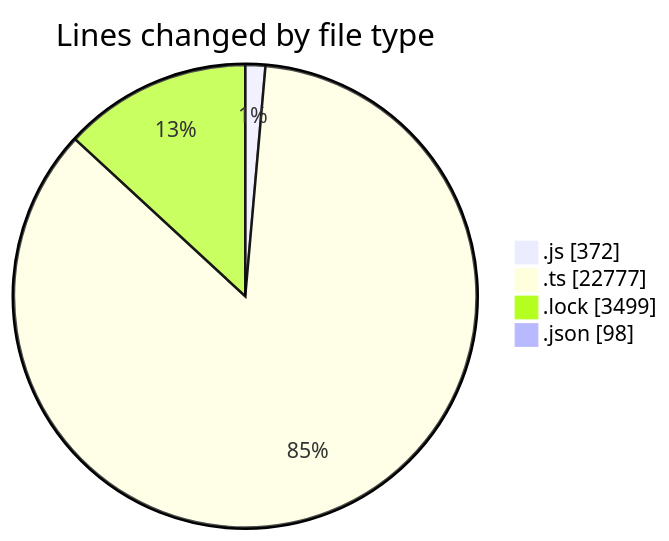
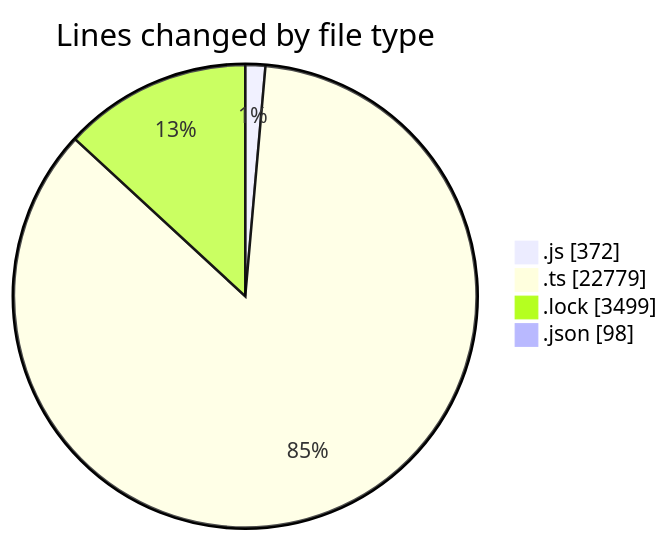
The first of 2 diagrams in 2025-05-27/cda/README.md (momahboobian/code-tracking), drawn with Mermaid before and after one commit. The commit also changed other lines of this file and 1 other file, not shown here.

````diff
--- a/2025-05-27/cda/README.md
+++ b/2025-05-27/cda/README.md
@@ -30,8 +30,8 @@
 ```mermaid
 pie showData
 title Lines changed by file type
 ".js" : 372
-".ts" : 22777
+".ts" : 22779
 ".lock" : 3499
 ".json" : 98
 ```
````
